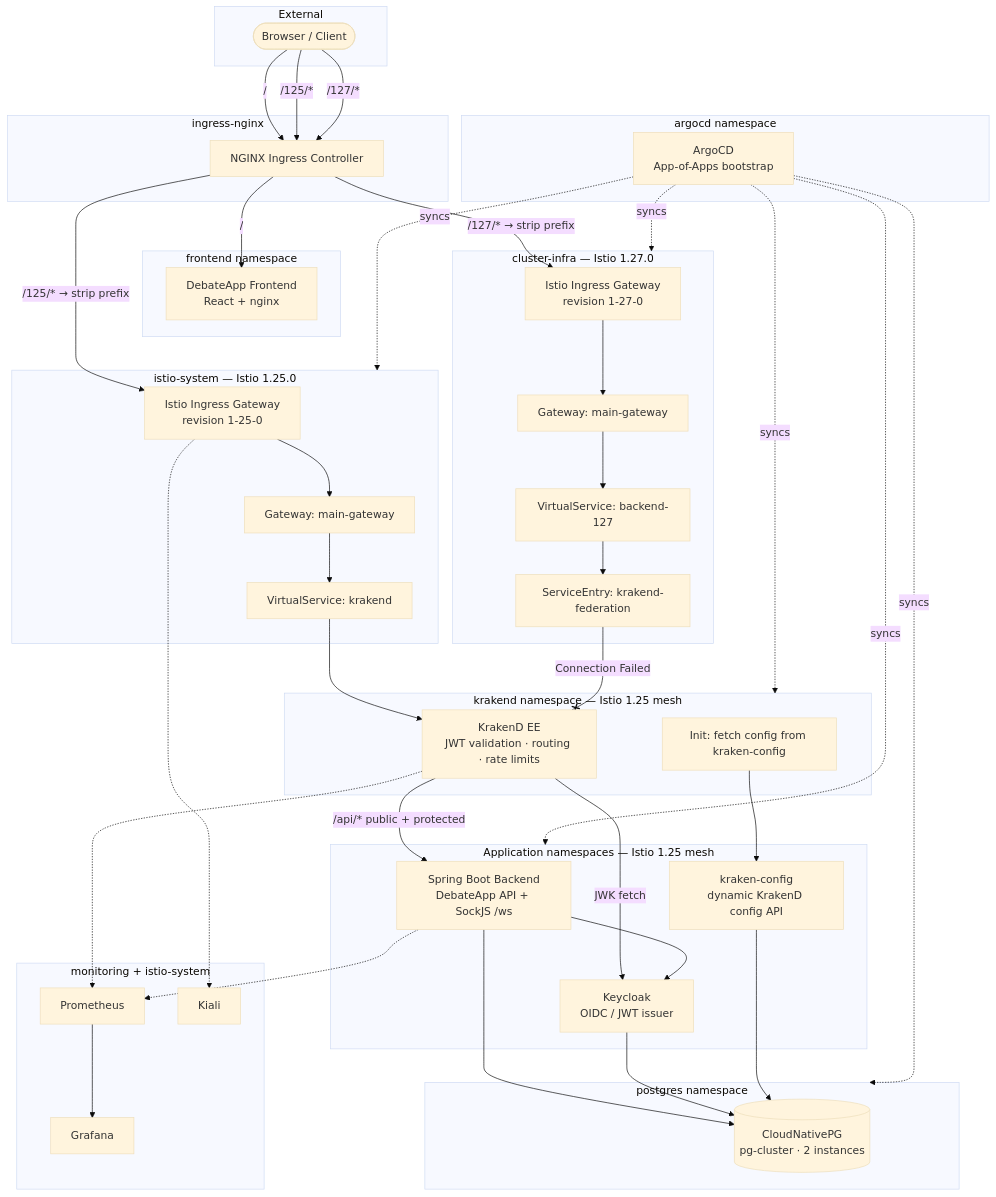
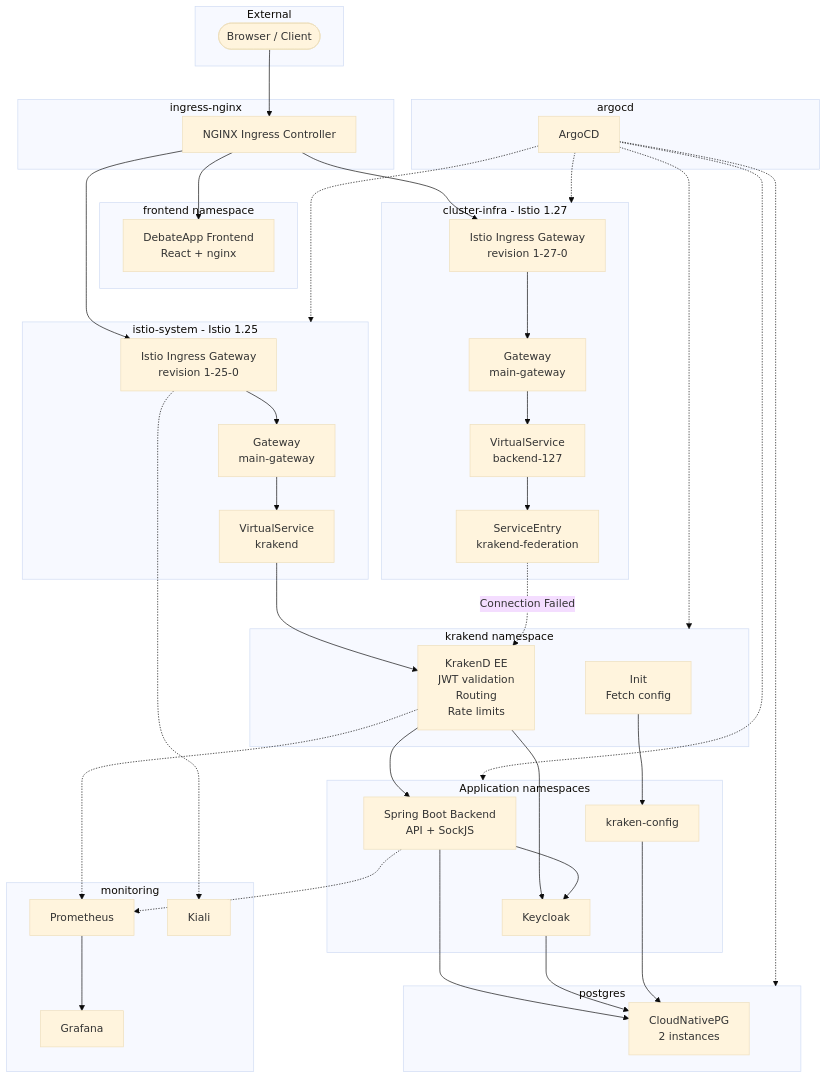
Before and after one commit to niteeshchaudhary/k8_istio_krakend: the diagram in README.md, drawn with Mermaid (base theme).

````diff
--- a/README.md
+++ b/README.md
@@ -9,82 +9,99 @@
 ```mermaid
 flowchart TB
-    subgraph External
-        User([Browser / Client])
-    end
 
-    subgraph Ingress["ingress-nginx"]
-        NGX[NGINX Ingress Controller]
-    end
+subgraph External
+    User([Browser / Client])
+end
 
-    subgraph Frontend["frontend namespace"]
-        FE[DebateApp Frontend<br/>React + nginx]
-    end
+subgraph Ingress["ingress-nginx"]
+    NGX["NGINX Ingress Controller"]
+end
 
-    subgraph Istio125["istio-system — Istio 1.25.0"]
-        IGW125[Istio Ingress Gateway<br/>revision 1-25-0]
-        GW125[Gateway: main-gateway]
-        VS125[VirtualService: krakend]
-    end
+subgraph Frontend["frontend namespace"]
+    FE["DebateApp Frontend
+React + nginx"]
+end
 
-    subgraph Istio127["cluster-infra — Istio 1.27.0"]
-        IGW127[Istio Ingress Gateway<br/>revision 1-27-0]
-        GW127[Gateway: main-gateway]
-        VS127[VirtualService: backend-127]
-        SE[ServiceEntry: krakend-federation]
-    end
+subgraph Istio125["istio-system - Istio 1.25"]
+    IGW125["Istio Ingress Gateway
+revision 1-25-0"]
+    GW125["Gateway
+main-gateway"]
+    VS125["VirtualService
+krakend"]
+end
 
-    subgraph Gateway["krakend namespace — Istio 1.25 mesh"]
-        KGD[KrakenD EE<br/>JWT validation · routing · rate limits]
-        KC[Init: fetch config from kraken-config]
-    end
+subgraph Istio127["cluster-infra - Istio 1.27"]
+    IGW127["Istio Ingress Gateway
+revision 1-27-0"]
+    GW127["Gateway
+main-gateway"]
+    VS127["VirtualService
+backend-127"]
+    SE["ServiceEntry
+krakend-federation"]
+end
 
-    subgraph Apps["Application namespaces — Istio 1.25 mesh"]
-        BE[Spring Boot Backend<br/>DebateApp API + SockJS /ws]
-        KCfg[kraken-config<br/>dynamic KrakenD config API]
-        KCloak[Keycloak<br/>OIDC / JWT issuer]
-    end
+subgraph Gateway["krakend namespace"]
+    KGD["KrakenD EE
+JWT validation
+Routing
+Rate limits"]
+    KC["Init
+Fetch config"]
+end
 
-    subgraph Data["postgres namespace"]
-        CNPG[(CloudNativePG<br/>pg-cluster · 2 instances)]
-    end
+subgraph Apps["Application namespaces"]
+    BE["Spring Boot Backend
+API + SockJS"]
+    KCfg["kraken-config"]
+    KCloak["Keycloak"]
+end
 
-    subgraph GitOps["argocd namespace"]
-        Argo[ArgoCD<br/>App-of-Apps bootstrap]
-    end
+subgraph Data["postgres"]
+    CNPG["CloudNativePG
+2 instances"]
+end
 
-    subgraph Observability["monitoring + istio-system"]
-        Prom[Prometheus]
-        Graf[Grafana]
-        Kiali[Kiali]
-    end
+subgraph GitOps["argocd"]
+    Argo["ArgoCD"]
+end
 
-    User -->|"/"| NGX
-    User -->|"/125/*"| NGX
-    User -->|"/127/*"| NGX
+subgraph Observability["monitoring"]
+    Prom["Prometheus"]
+    Graf["Grafana"]
+    Kiali["Kiali"]
+end
 
-    NGX -->|"/"| FE
-    NGX -->|"/125/* → strip prefix"| IGW125
-    NGX -->|"/127/* → strip prefix"| IGW127
+User --> NGX
 
-    IGW125 --> GW125 --> VS125 --> KGD
-    IGW127 --> GW127 --> VS127 --> SE --x|Connection Failed| KGD
+NGX --> FE
+NGX --> IGW125
+NGX --> IGW127
 
-    KC --> KCfg
-    KGD -->|"/api/* public + protected"| BE
-    KGD -->|JWK fetch| KCloak
-    BE --> KCloak
-    BE --> CNPG
-    KCloak --> CNPG
-    KCfg --> CNPG
+IGW125 --> GW125 --> VS125 --> KGD
+IGW127 --> GW127 --> VS127 --> SE
+SE -.->|Connection Failed| KGD
 
-    Argo -.->|syncs| Istio125
-    Argo -.->|syncs| Istio127
-    Argo -.->|syncs| Gateway
-    Argo -.->|syncs| Apps
-    Argo -.->|syncs| Data
+KC --> KCfg
 
-    KGD -.-> Prom
-    BE -.-> Prom
-    IGW125 -.-> Kiali
-    Prom --> Graf
+KGD --> BE
+KGD --> KCloak
+
+BE --> KCloak
+BE --> CNPG
+
+KCloak --> CNPG
+KCfg --> CNPG
+
+Argo -.-> Istio125
+Argo -.-> Istio127
+Argo -.-> Gateway
+Argo -.-> Apps
+Argo -.-> Data
+
+KGD -.-> Prom
+BE -.-> Prom
+IGW125 -.-> Kiali
+Prom --> Graf
 ```
````
